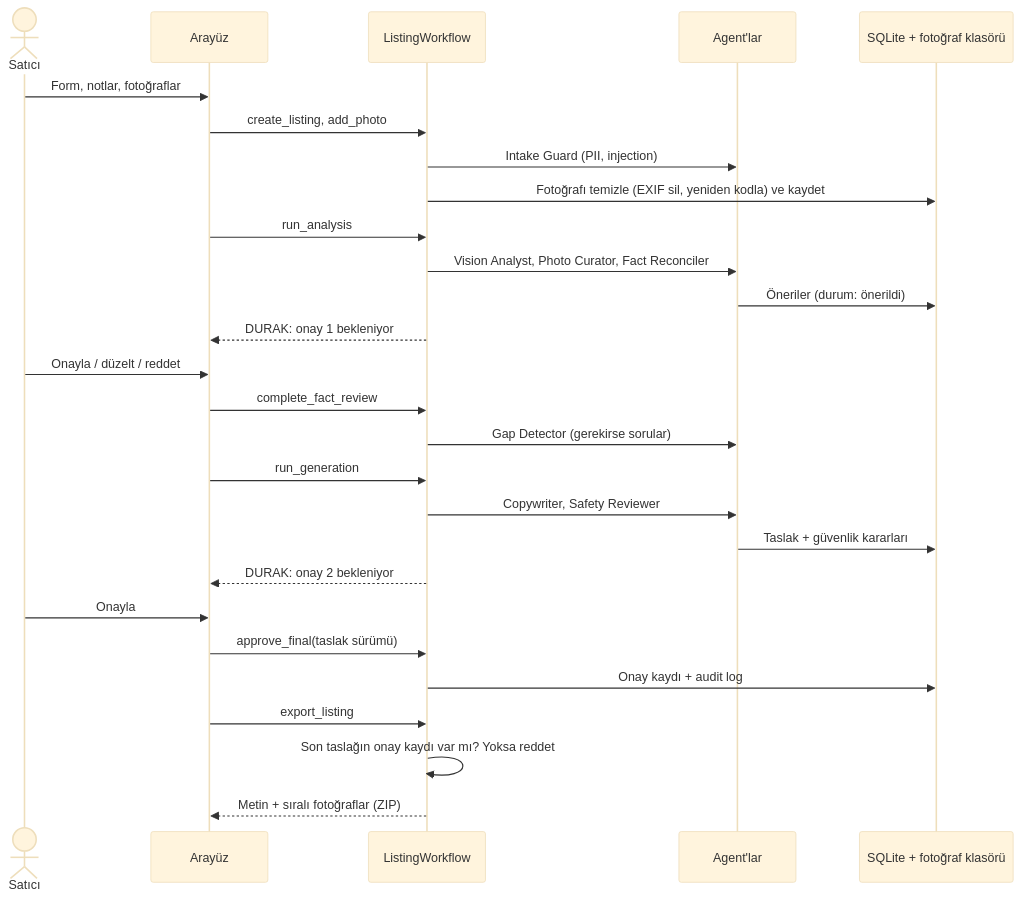
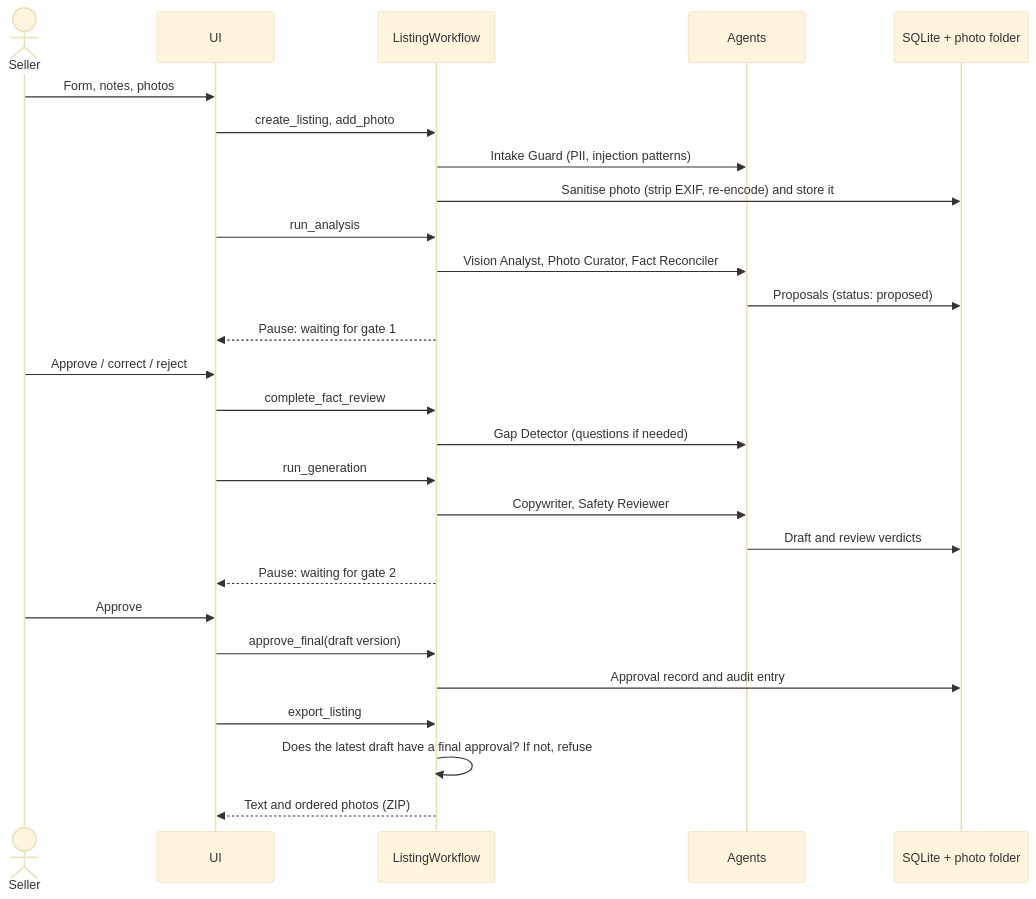
The third of 4 diagrams in docs/architecture.md (ozcivitcagkan/AI-Marketplace-Listing-Assistant), drawn with Mermaid (base theme) before and after one commit. The commit also changed other lines of this file and 33 other files, not shown here.

````diff
--- a/docs/architecture.md
+++ b/docs/architecture.md
@@ -216,29 +217,29 @@
 ```mermaid
 sequenceDiagram
-  actor S as Satıcı
-  participant UI as Arayüz
+  actor S as Seller
+  participant UI
   participant W as ListingWorkflow
-  participant A as Agent'lar
-  participant DB as SQLite + fotoğraf klasörü
-  S->>UI: Form, notlar, fotoğraflar
+  participant A as Agents
+  participant DB as SQLite + photo folder
+  S->>UI: Form, notes, photos
   UI->>W: create_listing, add_photo
-  W->>A: Intake Guard (PII, injection)
-  W->>DB: Fotoğrafı temizle (EXIF sil, yeniden kodla) ve kaydet
+  W->>A: Intake Guard (PII, injection patterns)
+  W->>DB: Sanitise photo (strip EXIF, re-encode) and store it
   UI->>W: run_analysis
   W->>A: Vision Analyst, Photo Curator, Fact Reconciler
-  A->>DB: Öneriler (durum: önerildi)
-  W-->>UI: DURAK: onay 1 bekleniyor
-  S->>UI: Onayla / düzelt / reddet
+  A->>DB: Proposals (status: proposed)
+  W-->>UI: Pause: waiting for gate 1
+  S->>UI: Approve / correct / reject
   UI->>W: complete_fact_review
-  W->>A: Gap Detector (gerekirse sorular)
+  W->>A: Gap Detector (questions if needed)
   UI->>W: run_generation
   W->>A: Copywriter, Safety Reviewer
-  A->>DB: Taslak + güvenlik kararları
-  W-->>UI: DURAK: onay 2 bekleniyor
-  S->>UI: Onayla
-  UI->>W: approve_final(taslak sürümü)
-  W->>DB: Onay kaydı + audit log
+  A->>DB: Draft and review verdicts
+  W-->>UI: Pause: waiting for gate 2
+  S->>UI: Approve
+  UI->>W: approve_final(draft version)
+  W->>DB: Approval record and audit entry
   UI->>W: export_listing
-  W->>W: Son taslağın onay kaydı var mı? Yoksa reddet
-  W-->>UI: Metin + sıralı fotoğraflar (ZIP)
+  W->>W: Does the latest draft have a final approval? If not, refuse
+  W-->>UI: Text and ordered photos (ZIP)
 ```
````
